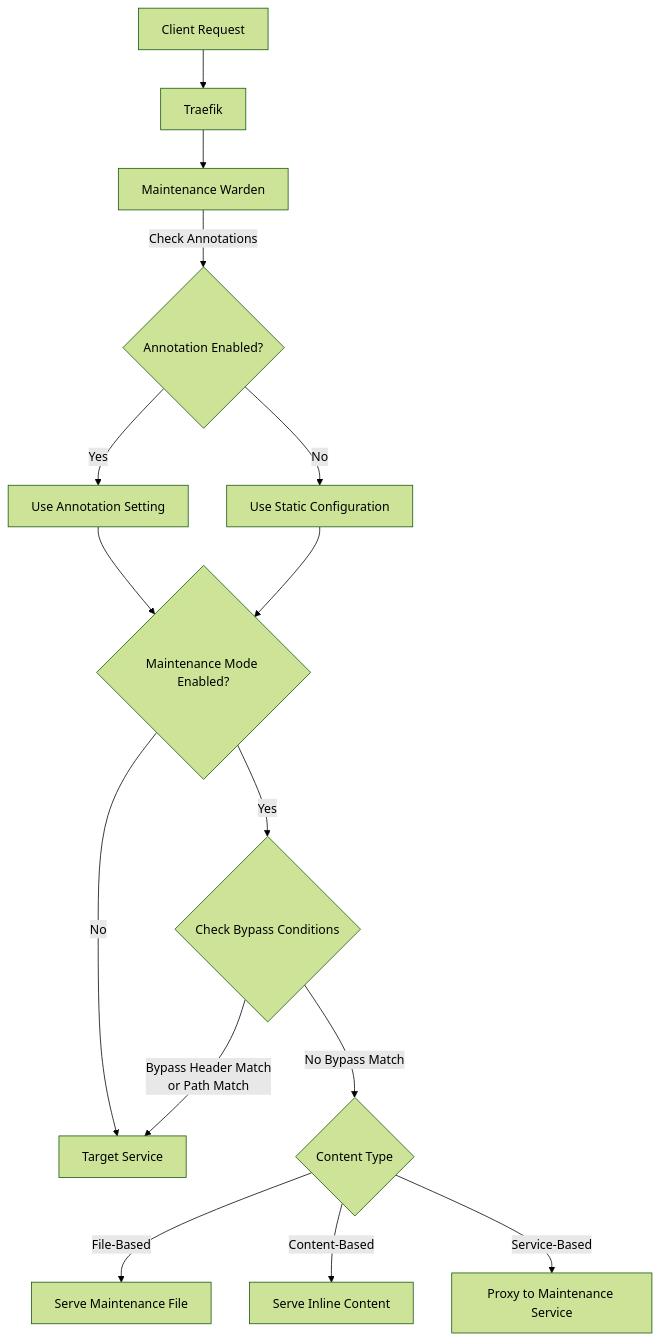
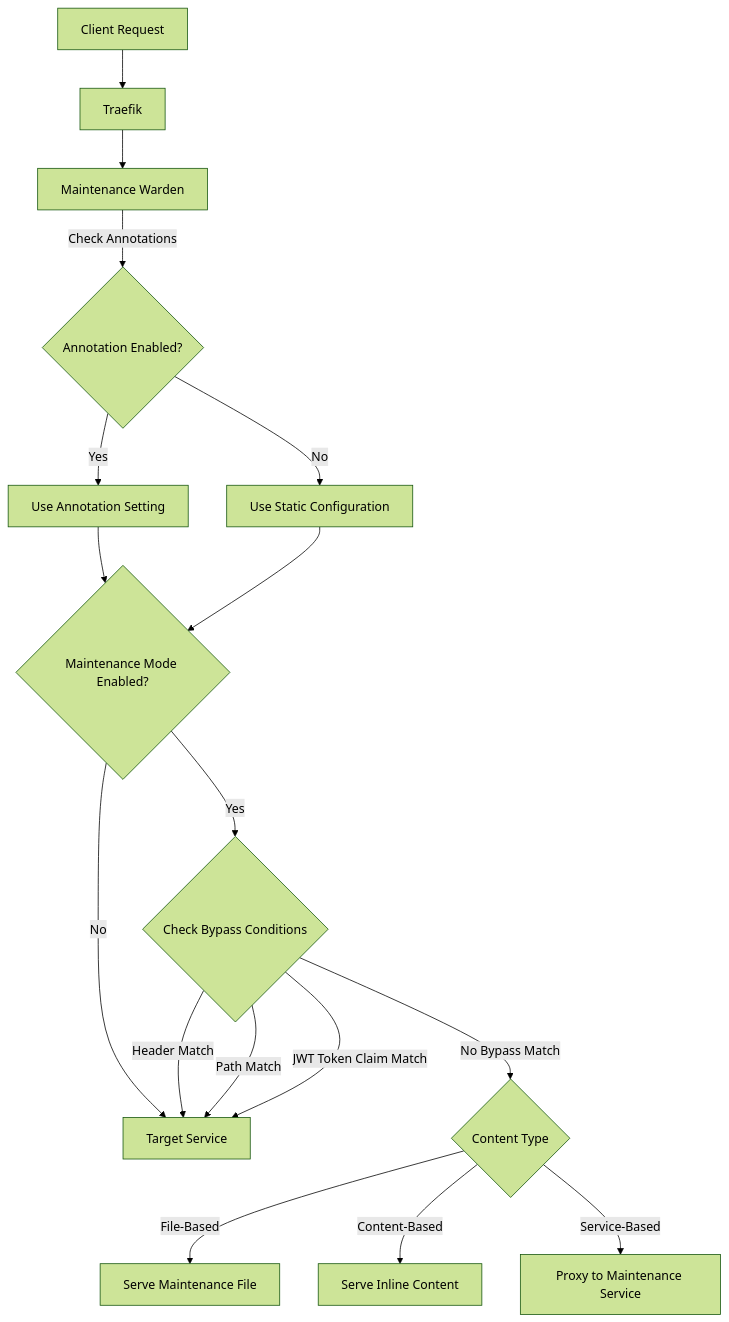
The diagram in spec/technical_overview.md (TechAlchemistry/traefik-maintenance-warden), drawn with Mermaid (forest theme) before and after one commit. The commit also changed other lines of this file and 8 other files, not shown here.

First line of the commit message:
Add JWT token-based bypass for maintenance mode

````diff
--- a/spec/technical_overview.md
+++ b/spec/technical_overview.md
@@ -46,17 +47,19 @@
 ```mermaid
 flowchart TB
     A[Client Request] --> B[Traefik]
     B --> C[Maintenance Warden]
     C -->|Check Annotations| CC{Annotation Enabled?}
     CC -->|Yes| CCC[Use Annotation Setting]
     CC -->|No| CCC2[Use Static Configuration]
     CCC --> D2{Maintenance Mode Enabled?}
     CCC2 --> D2
     D2 -->|No| D[Target Service]
     D2 -->|Yes| E{Check Bypass Conditions}
-    E -->|Bypass Header Match\nor Path Match| D
+    E -->|Header Match| D
+    E -->|Path Match| D
+    E -->|JWT Token Claim Match| D
     E -->|No Bypass Match| F{Content Type}
     F -->|File-Based| G[Serve Maintenance File]
     F -->|Content-Based| I[Serve Inline Content]
     F -->|Service-Based| H[Proxy to Maintenance Service]
 ```
````
